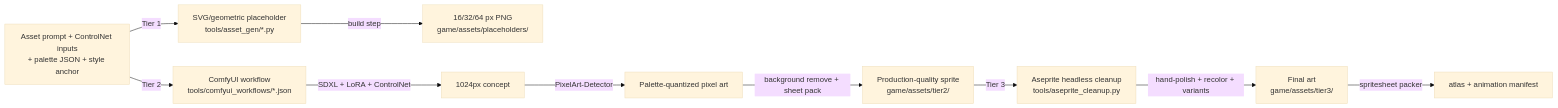
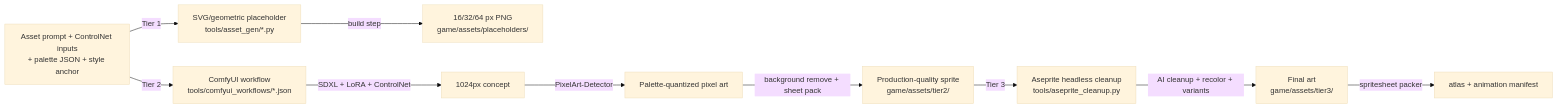
One commit to Madreag/corefall changed the diagram in docs/plan/spec/art-and-asset-pipeline.md. Above: the diagram before and after it, drawn with Mermaid (base theme). The commit also changed other lines of this file and 32 other files, not shown here.

Commit message:
Audit Corefall roadmap and DR propagation

````diff
--- a/docs/plan/spec/art-and-asset-pipeline.md
+++ b/docs/plan/spec/art-and-asset-pipeline.md
@@ -29,14 +29,14 @@
 ```mermaid
 flowchart LR
     PROMPT[Asset prompt + ControlNet inputs<br/>+ palette JSON + style anchor] -->|Tier 1| SVG[SVG/geometric placeholder<br/>tools/asset_gen/*.py]
     SVG -->|build step| PNG1[16/32/64 px PNG<br/>game/assets/placeholders/]
 
     PROMPT -->|Tier 2| COMFY[ComfyUI workflow<br/>tools/comfyui_workflows/*.json]
     COMFY -->|SDXL + LoRA + ControlNet| LARGE[1024px concept]
     LARGE -->|PixelArt-Detector| QUANT[Palette-quantized pixel art]
     QUANT -->|background remove + sheet pack| PNG2[Production-quality sprite<br/>game/assets/tier2/]
 
     PNG2 -->|Tier 3| ASE[Aseprite headless cleanup<br/>tools/aseprite_cleanup.py]
-    ASE -->|hand-polish + recolor + variants| PNG3[Final art<br/>game/assets/tier3/]
+    ASE -->|AI cleanup + recolor + variants| PNG3[Final art<br/>game/assets/tier3/]
     PNG3 -->|spritesheet packer| SHEET[atlas + animation manifest]
 ```
````
